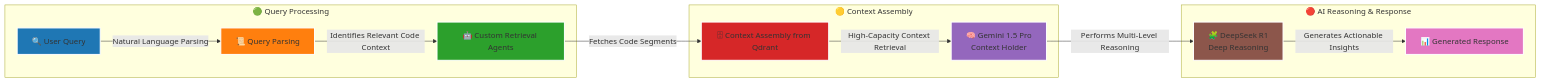
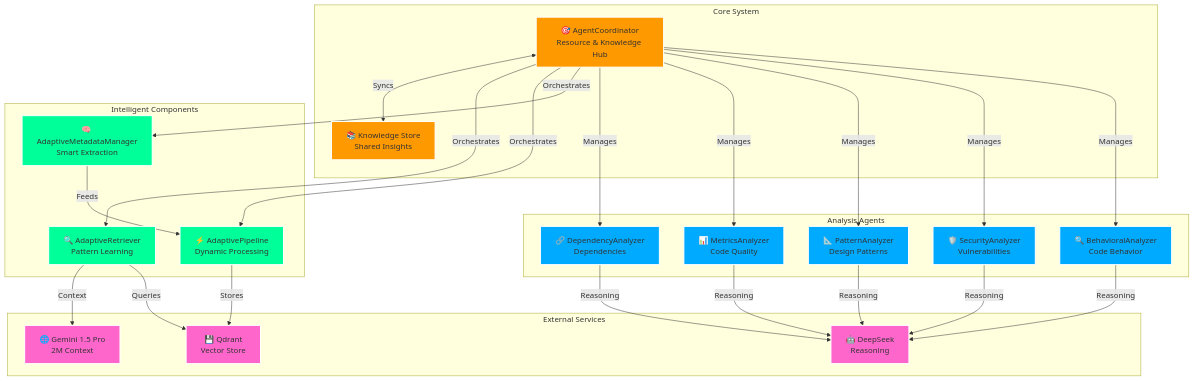
The first of 6 diagrams in README.md (JtPerez-Acle/hypera), drawn with Mermaid before and after one commit. The commit also changed other lines of this file and 26 other files, not shown here.

````diff
--- a/README.md
+++ b/README.md
@@ -73,25 +29,61 @@
 ```mermaid
-graph LR
-    subgraph "🟢 Query Processing"
-        A[🔍 User Query] -->|Natural Language Parsing| B[📜 Query Parsing]
-        B -->|Identifies Relevant Code Context| C[🤖 Custom Retrieval Agents]
+graph TB
+    subgraph "Core System"
+        AC["🎯 AgentCoordinator<br/>Resource & Knowledge Hub"]
+        KS["📚 Knowledge Store<br/>Shared Insights"]
     end
 
-    subgraph "🟡 Context Assembly"
-        C -->|Fetches Code Segments| D[🗄 Context Assembly from Qdrant]
-        D -->|High-Capacity Context Retrieval| E[🧠 Gemini 1.5 Pro\nContext Holder]
+    subgraph "Analysis Agents"
+        BA["🔍 BehavioralAnalyzer<br/>Code Behavior"]
+        SA["🛡️ SecurityAnalyzer<br/>Vulnerabilities"]
+        PA["📐 PatternAnalyzer<br/>Design Patterns"]
+        MA["📊 MetricsAnalyzer<br/>Code Quality"]
+        DA["🔗 DependencyAnalyzer<br/>Dependencies"]
     end
 
-    subgraph "🔴 AI Reasoning & Response"
-        E -->|Performs Multi-Level Reasoning| F[🧩 DeepSeek R1\nDeep Reasoning]
-        F -->|Generates Actionable Insights| G[📊 Generated Response]
+    subgraph "Intelligent Components"
+        AMM["🧠 AdaptiveMetadataManager<br/>Smart Extraction"]
+        AP["⚡ AdaptivePipeline<br/>Dynamic Processing"]
+        AR["🔍 AdaptiveRetriever<br/>Pattern Learning"]
     end
 
-    style A fill:#1f77b4,stroke:#ffffff,stroke-width:2px
-    style B fill:#ff7f0e,stroke:#ffffff,stroke-width:2px
-    style C fill:#2ca02c,stroke:#ffffff,stroke-width:2px
-    style D fill:#d62728,stroke:#ffffff,stroke-width:2px
-    style E fill:#9467bd,stroke:#ffffff,stroke-width:2px
-    style F fill:#8c564b,stroke:#ffffff,stroke-width:2px
-    style G fill:#e377c2,stroke:#ffffff,stroke-width:2px
+    subgraph "External Services"
+        GEM["🌐 Gemini 1.5 Pro<br/>2M Context"]
+        DS["🤖 DeepSeek<br/>Reasoning"]
+        QD["💾 Qdrant<br/>Vector Store"]
+    end
+
+    %% Coordinator connections
+    AC -->|"Manages"| BA
+    AC -->|"Manages"| SA
+    AC -->|"Manages"| PA
+    AC -->|"Manages"| MA
+    AC -->|"Manages"| DA
+    AC -->|"Orchestrates"| AMM
+    AC -->|"Orchestrates"| AP
+    AC -->|"Orchestrates"| AR
+    AC <-->|"Syncs"| KS
+
+    %% Component interactions
+    AMM -->|"Feeds"| AP
+    AP -->|"Stores"| QD
+    AR -->|"Queries"| QD
+    
+    %% External service usage
+    AR -->|"Context"| GEM
+    BA & SA & PA & MA & DA -->|"Reasoning"| DS
+
+    style AC fill:#ff9900,stroke:#fff,stroke-width:2px
+    style KS fill:#ff9900,stroke:#fff,stroke-width:2px
+    style BA fill:#00aaff,stroke:#fff,stroke-width:2px
+    style SA fill:#00aaff,stroke:#fff,stroke-width:2px
+    style PA fill:#00aaff,stroke:#fff,stroke-width:2px
+    style MA fill:#00aaff,stroke:#fff,stroke-width:2px
+    style DA fill:#00aaff,stroke:#fff,stroke-width:2px
+    style AMM fill:#00ff99,stroke:#fff,stroke-width:2px
+    style AP fill:#00ff99,stroke:#fff,stroke-width:2px
+    style AR fill:#00ff99,stroke:#fff,stroke-width:2px
+    style GEM fill:#ff66cc,stroke:#fff,stroke-width:2px
+    style DS fill:#ff66cc,stroke:#fff,stroke-width:2px
+    style QD fill:#ff66cc,stroke:#fff,stroke-width:2px
 ```
````
